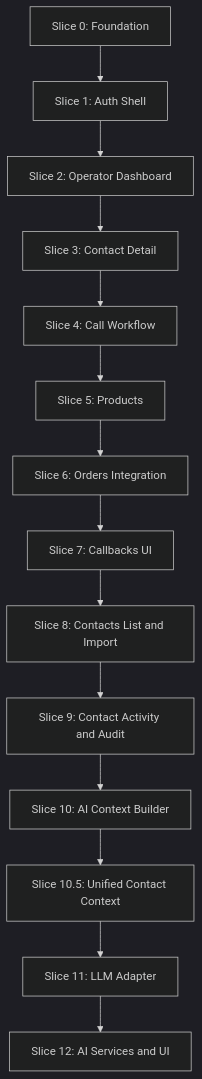
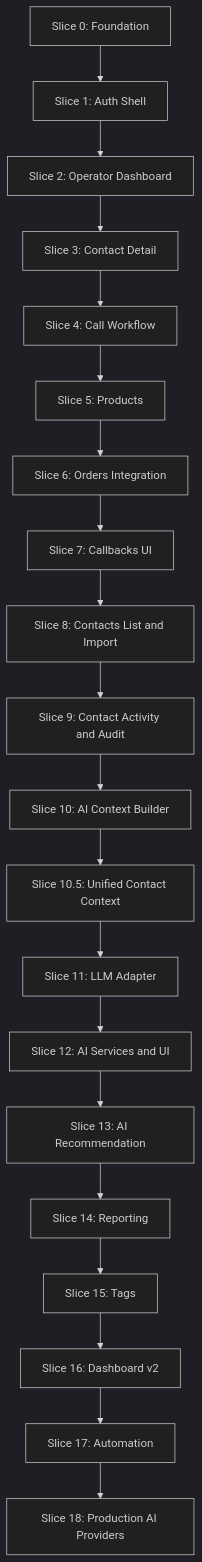
The diagram in docs/IMPLEMENTATION_SEQUENCE.md (majkitostudio/velocity-crm), drawn with Mermaid (dark theme) before and after one commit. The commit also changed other lines of this file and 4 other files, not shown here.

Commit message:
docs: align product roadmap slices 16-18 and renumber providers to 18.x

````diff
--- a/docs/IMPLEMENTATION_SEQUENCE.md
+++ b/docs/IMPLEMENTATION_SEQUENCE.md
@@ -23,16 +23,22 @@
 ```mermaid
 flowchart TD
   S0[Slice 0: Foundation] --> S1[Slice 1: Auth Shell]
   S1 --> S2[Slice 2: Operator Dashboard]
   S2 --> S3[Slice 3: Contact Detail]
   S3 --> S4[Slice 4: Call Workflow]
   S4 --> S5[Slice 5: Products]
   S5 --> S6[Slice 6: Orders Integration]
   S6 --> S7[Slice 7: Callbacks UI]
   S7 --> S8[Slice 8: Contacts List and Import]
   S8 --> S9[Slice 9: Contact Activity and Audit]
   S9 --> S10[Slice 10: AI Context Builder]
   S10 --> S105[Slice 10.5: Unified Contact Context]
   S105 --> S11[Slice 11: LLM Adapter]
   S11 --> S12[Slice 12: AI Services and UI]
+  S12 --> S13[Slice 13: AI Recommendation]
+  S13 --> S14[Slice 14: Reporting]
+  S14 --> S15[Slice 15: Tags]
+  S15 --> S16[Slice 16: Dashboard v2]
+  S16 --> S17[Slice 17: Automation]
+  S17 --> S18[Slice 18: Production AI Providers]
 ```
````
